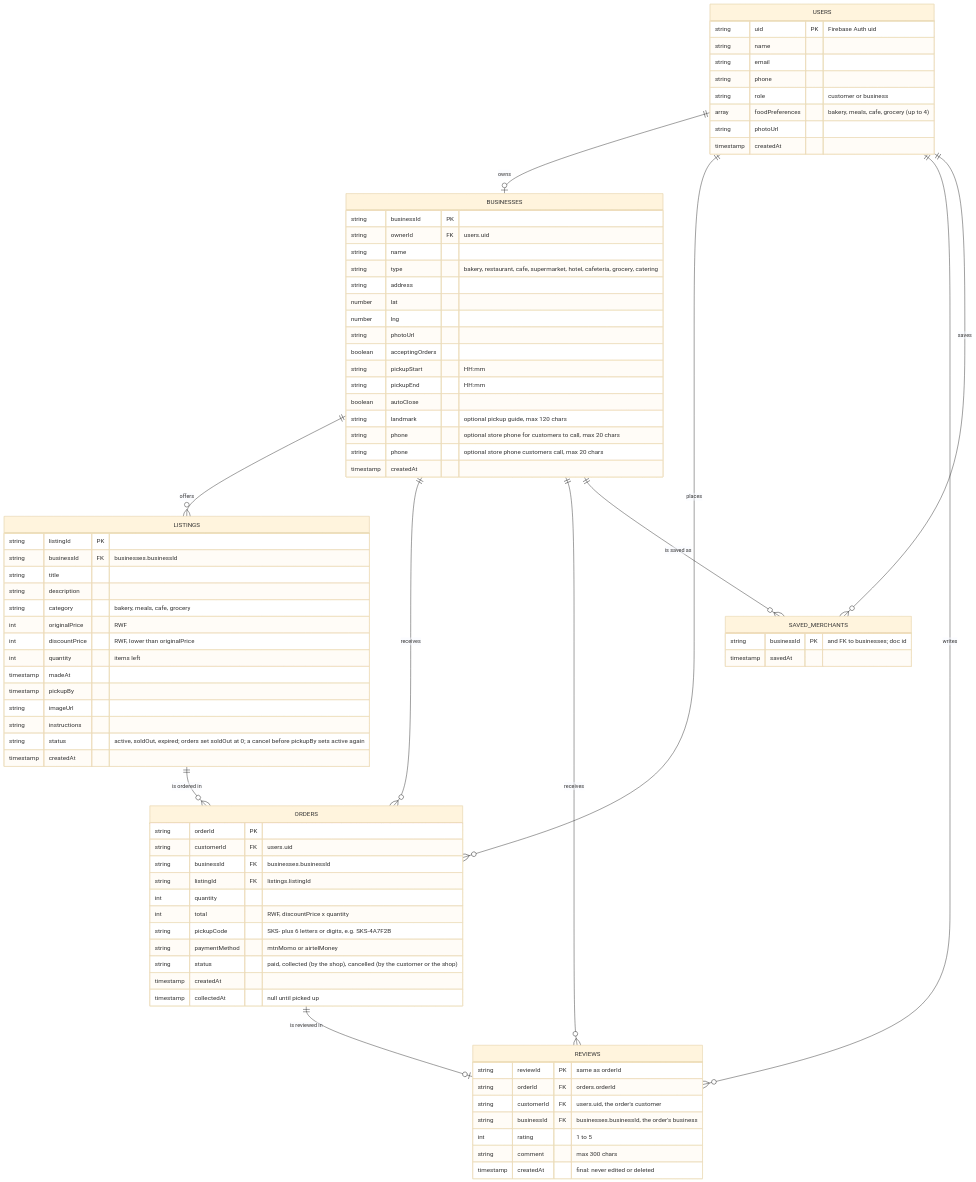
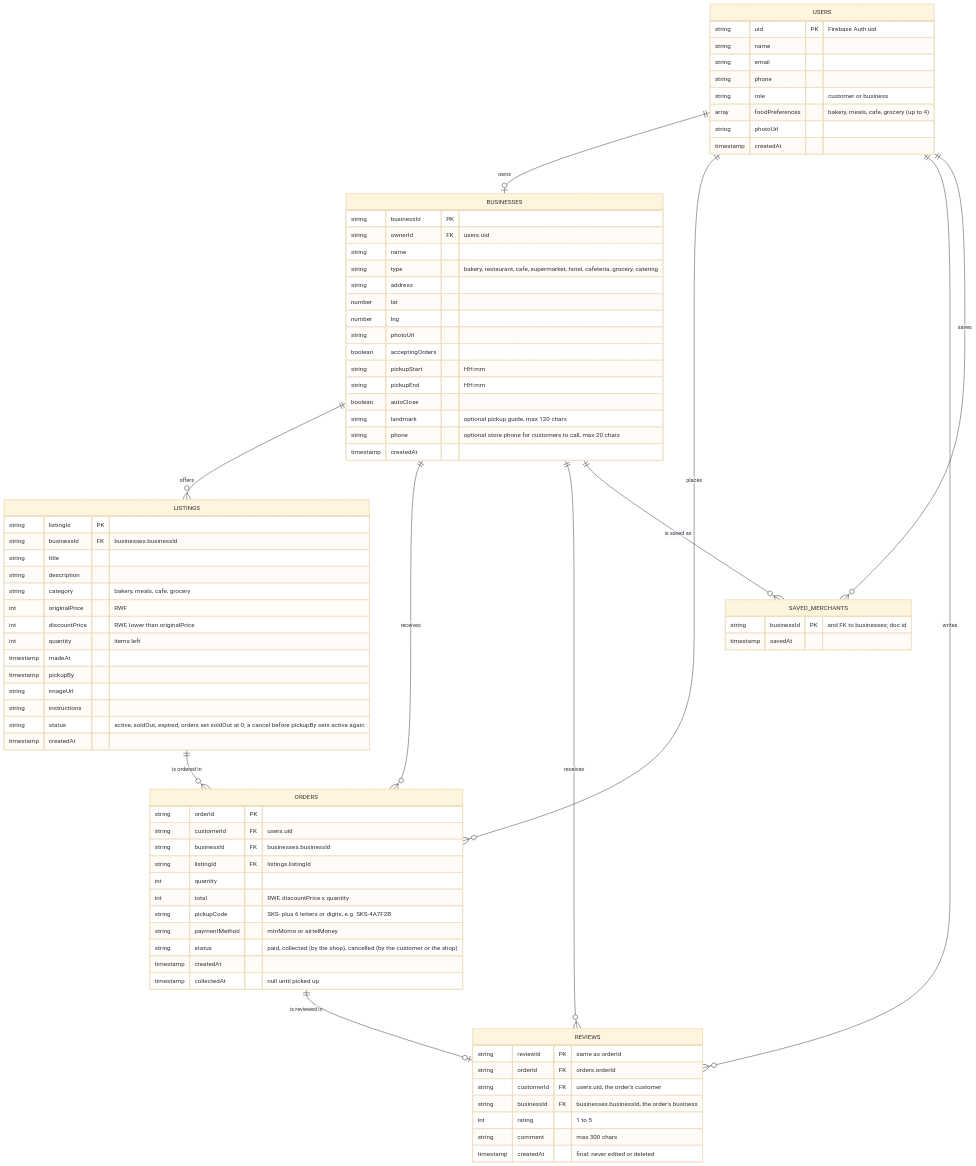
One commit to Melyssa-Ingabe/sokosafi changed the diagram in docs/database/erd.md. Above: the diagram before and after it, drawn with Mermaid (base theme).

Commit message:
docs(erd): remove the duplicated store phone field

```diff
--- a/docs/database/erd.md
+++ b/docs/database/erd.md
@@ -43,7 +43,6 @@
         boolean autoClose
         string landmark "optional pickup guide, max 120 chars"
         string phone "optional store phone for customers to call, max 20 chars"
-        string phone "optional store phone customers call, max 20 chars"
         timestamp createdAt
     }
 
```
